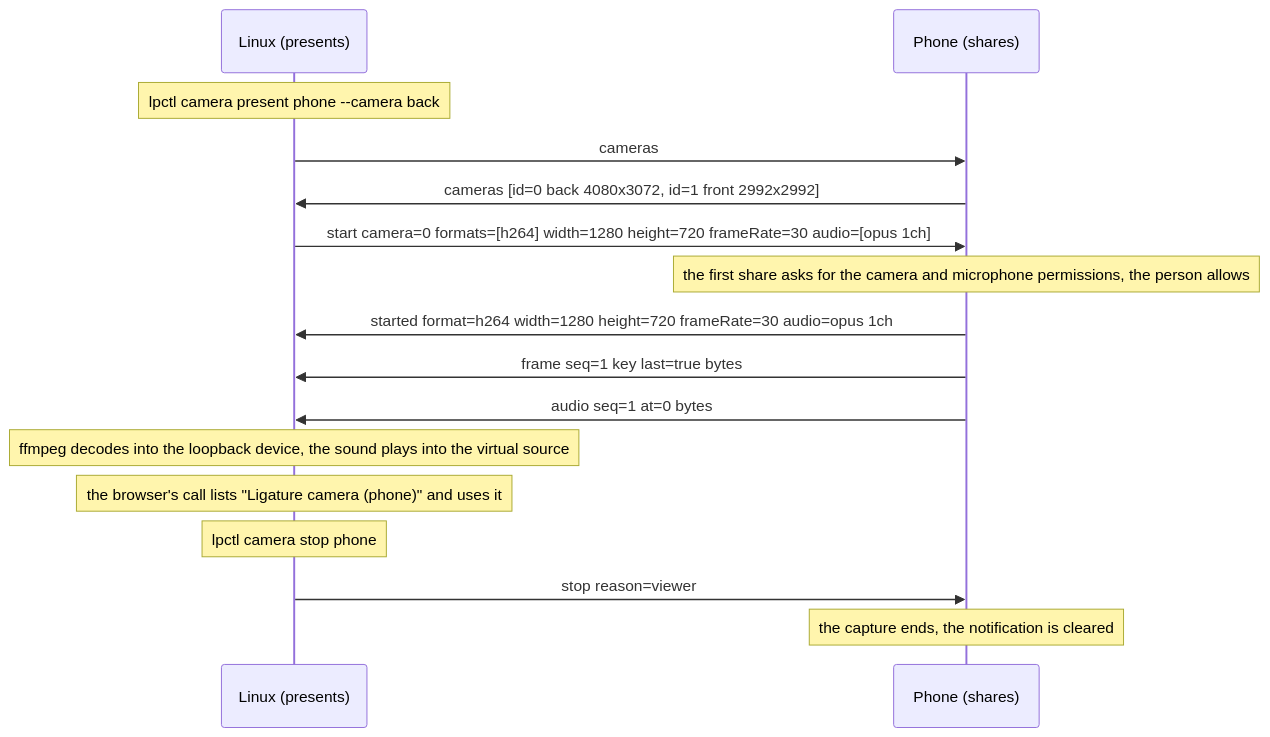
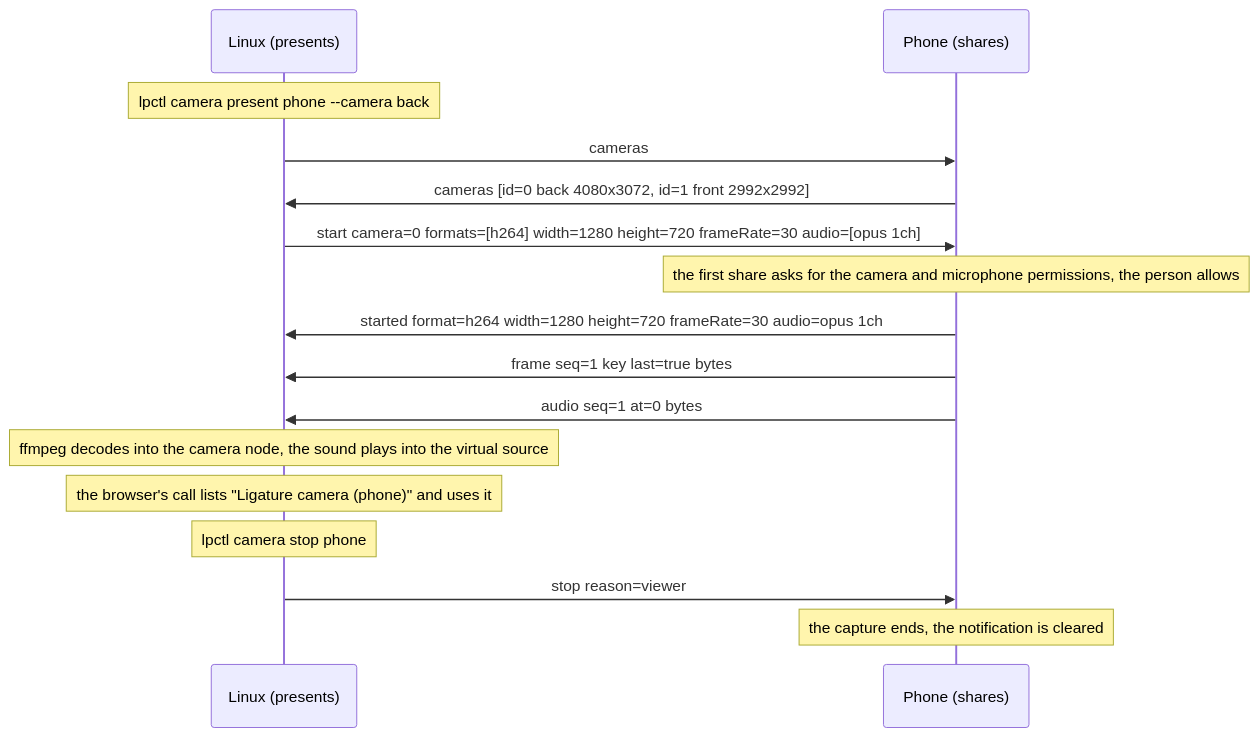
One commit to garth/ligature-protocol changed the first of 3 diagrams in docs/milestones/10-camera.md. Above: the diagram before and after it, drawn with Mermaid. The commit also changed other lines of this file and 9 other files, not shown here.

Commit message:
LP-207 Linux cameras: PipeWire's cameras and the default microphone shared, each read by name and never another in its place, and a received camera presented as a PipeWire camera node, a loopback device where one exists, and a microphone

````diff
--- a/docs/milestones/10-camera.md
+++ b/docs/milestones/10-camera.md
@@ -130,18 +130,18 @@
 ```mermaid
 sequenceDiagram
     participant L as Linux (presents)
     participant P as Phone (shares)
     Note over L: lpctl camera present phone --camera back
     L->>P: cameras
     P->>L: cameras [id=0 back 4080x3072, id=1 front 2992x2992]
     L->>P: start camera=0 formats=[h264] width=1280 height=720 frameRate=30 audio=[opus 1ch]
     Note over P: the first share asks for the camera and microphone permissions, the person allows
     P->>L: started format=h264 width=1280 height=720 frameRate=30 audio=opus 1ch
     P->>L: frame seq=1 key last=true bytes
     P->>L: audio seq=1 at=0 bytes
-    Note over L: ffmpeg decodes into the loopback device, the sound plays into the virtual source
+    Note over L: ffmpeg decodes into the camera node, the sound plays into the virtual source
     Note over L: the browser's call lists "Ligature camera (phone)" and uses it
     Note over L: lpctl camera stop phone
     L->>P: stop reason=viewer
     Note over P: the capture ends, the notification is cleared
 ```
````
